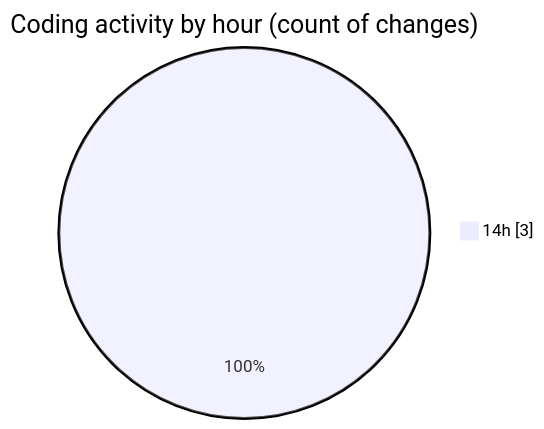
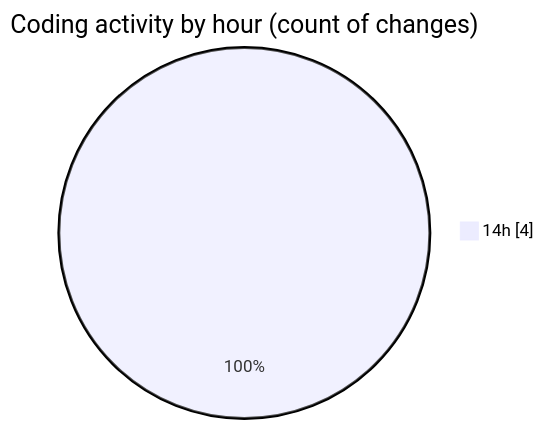
One commit to debugP/code-tracking changed the second of 2 diagrams in 2025-08-26/woocommerce-custom-product-bundles/README.md. Above: the diagram before and after it, drawn with Mermaid. The commit also changed other lines of this file and 1 other file, not shown here.

````diff
--- a/2025-08-26/woocommerce-custom-product-bundles/README.md
+++ b/2025-08-26/woocommerce-custom-product-bundles/README.md
@@ -30,5 +30,5 @@
 ```mermaid
 pie showData
 title Coding activity by hour (count of changes)
-"14h" : 3
+"14h" : 4
 ```
````
